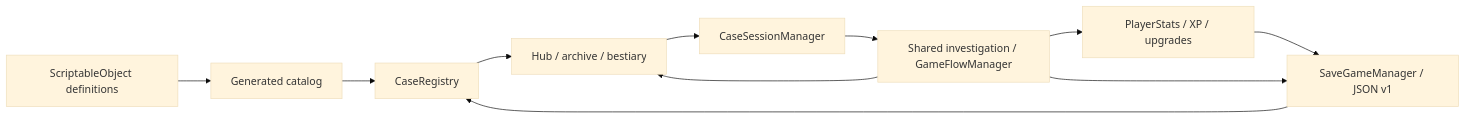
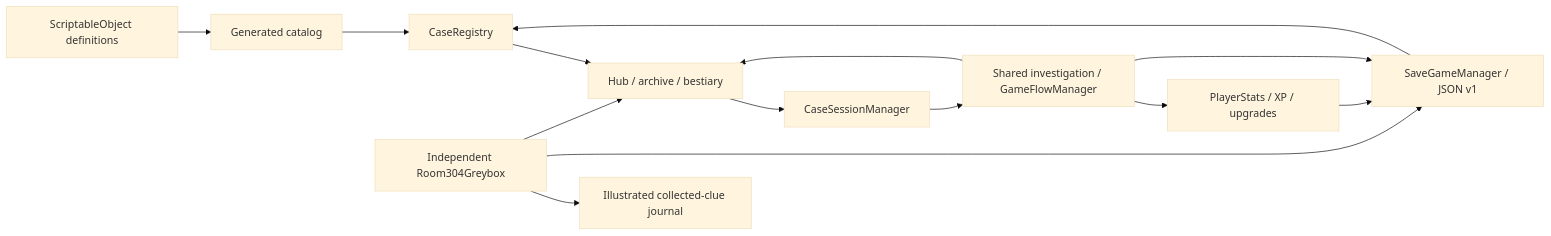
The diagram in README.md (Vaenix/LostCity), drawn with Mermaid (base theme) before and after one commit. The commit also changed other lines of this file and 134 other files, not shown here.

First line of the commit message:
feat: add isolated room 304 2.5d investigation sample

````diff
--- a/README.md
+++ b/README.md
@@ -69,13 +89,16 @@
 ```mermaid
 flowchart LR
     Definitions["ScriptableObject definitions"] --> Catalog["Generated catalog"]
     Catalog --> Registry["CaseRegistry"]
     Save["SaveGameManager / JSON v1"] --> Registry
     Registry --> Hub["Hub / archive / bestiary"]
     Hub --> Session["CaseSessionManager"]
     Session --> Flow["Shared investigation / GameFlowManager"]
     Flow --> Player["PlayerStats / XP / upgrades"]
     Player --> Save
     Flow --> Save
     Flow --> Hub
+    Sample["Independent Room304Greybox"] --> Journal["Illustrated collected-clue journal"]
+    Sample --> Save
+    Sample --> Hub
 ```
````
